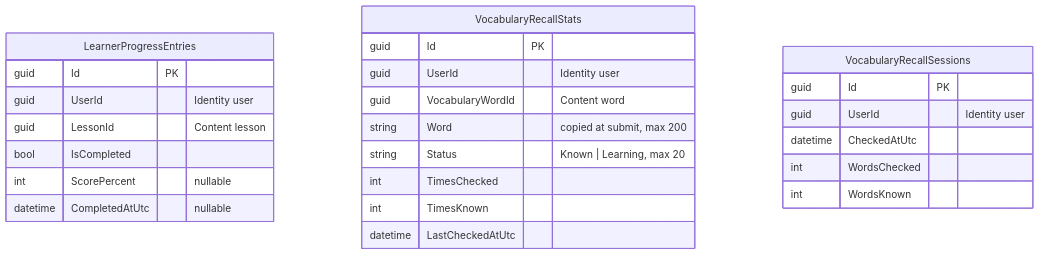
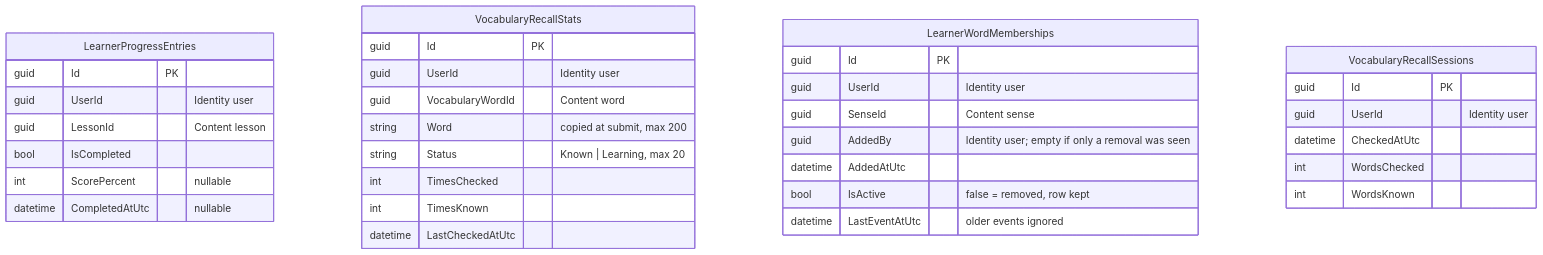
The first of 2 diagrams in docs/database-diagram/progress.md (hunglu/WordBuddy), drawn with Mermaid before and after one commit. The commit also changed other lines of this file and 65 other files, not shown here.

````diff
--- a/docs/database-diagram/progress.md
+++ b/docs/database-diagram/progress.md
@@ -7,28 +8,37 @@
 ```mermaid
 erDiagram
     LearnerProgressEntries {
         guid Id PK
         guid UserId "Identity user"
         guid LessonId "Content lesson"
         bool IsCompleted
         int ScorePercent "nullable"
         datetime CompletedAtUtc "nullable"
     }
     VocabularyRecallStats {
         guid Id PK
         guid UserId "Identity user"
         guid VocabularyWordId "Content word"
         string Word "copied at submit, max 200"
         string Status "Known | Learning, max 20"
         int TimesChecked
         int TimesKnown
         datetime LastCheckedAtUtc
     }
+    LearnerWordMemberships {
+        guid Id PK
+        guid UserId "Identity user"
+        guid SenseId "Content sense"
+        guid AddedBy "Identity user; empty if only a removal was seen"
+        datetime AddedAtUtc
+        bool IsActive "false = removed, row kept"
+        datetime LastEventAtUtc "older events ignored"
+    }
     VocabularyRecallSessions {
         guid Id PK
         guid UserId "Identity user"
         datetime CheckedAtUtc
         int WordsChecked
         int WordsKnown
     }
 ```
````
